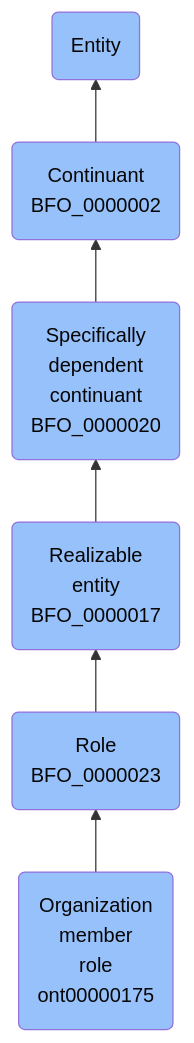
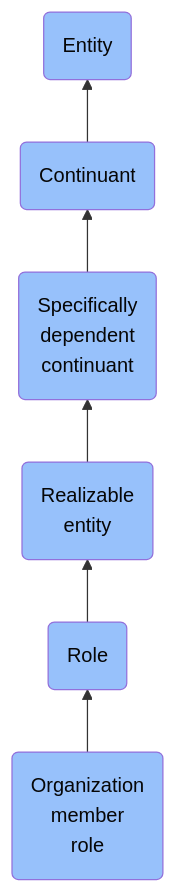
The diagram in docs/ontology/reference/model/Entity/Continuant/Specifically dependent continuant/Realizable entity/Role/Organization member role/Organization member role.md (jupyter-naas/abi), drawn with Mermaid before and after one commit. The commit also changed other lines of this file and 1430 other files, not shown here.

````diff
--- a/docs/ontology/reference/model/Entity/Continuant/Specifically dependent continuant/Realizable entity/Role/Organization member role/Organization member role.md
+++ b/docs/ontology/reference/model/Entity/Continuant/Specifically dependent continuant/Realizable entity/Role/Organization member role/Organization member role.md
@@ -24,13 +24,13 @@
 ```mermaid
 graph BT
-    ont00000175(Organization<br>member<br>role<br>ont00000175):::BFO-->BFO_0000023
-    BFO_0000023(Role<br>BFO_0000023):::BFO-->BFO_0000017
-    BFO_0000017(Realizable<br>entity<br>BFO_0000017):::BFO-->BFO_0000020
-    BFO_0000020(Specifically<br>dependent<br>continuant<br>BFO_0000020):::BFO-->BFO_0000002
-    BFO_0000002(Continuant<br>BFO_0000002):::BFO-->BFO_0000001
+    ont00000175(Organization<br>member<br>role):::BFO-->BFO_0000023
+    BFO_0000023(Role):::BFO-->BFO_0000017
+    BFO_0000017(Realizable<br>entity):::BFO-->BFO_0000020
+    BFO_0000020(Specifically<br>dependent<br>continuant):::BFO-->BFO_0000002
+    BFO_0000002(Continuant):::BFO-->BFO_0000001
     BFO_0000001(Entity):::BFO
     
     classDef BFO fill:#97c1fb,color:#060606
     classDef CCO fill:#e4c51e,color:#060606
     classDef ABI fill:#48DD82,color:#060606
 ```
````
